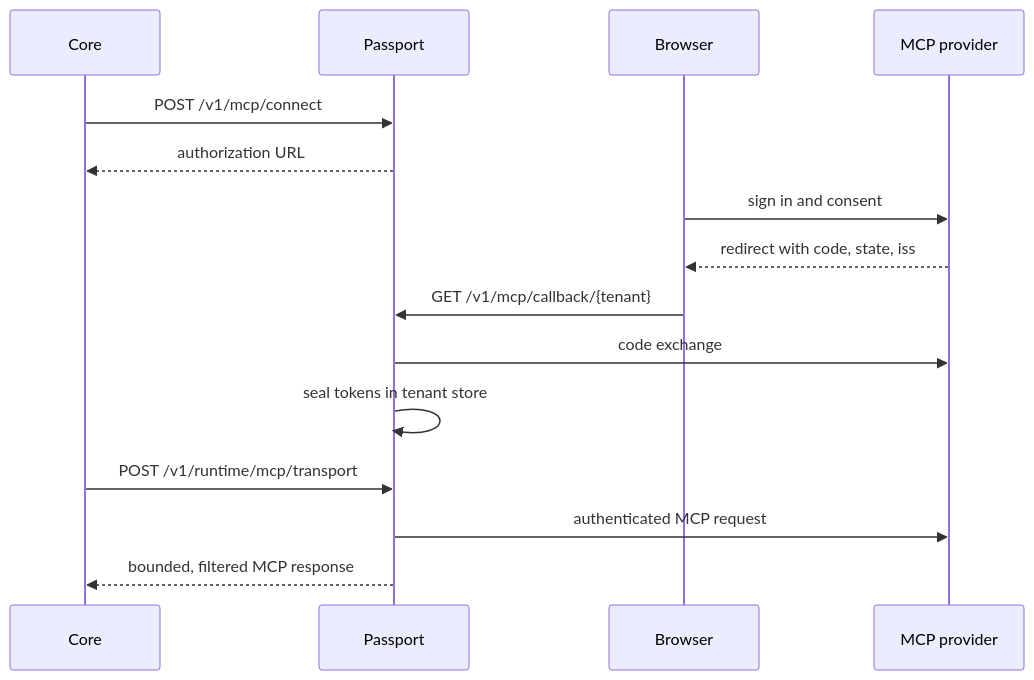
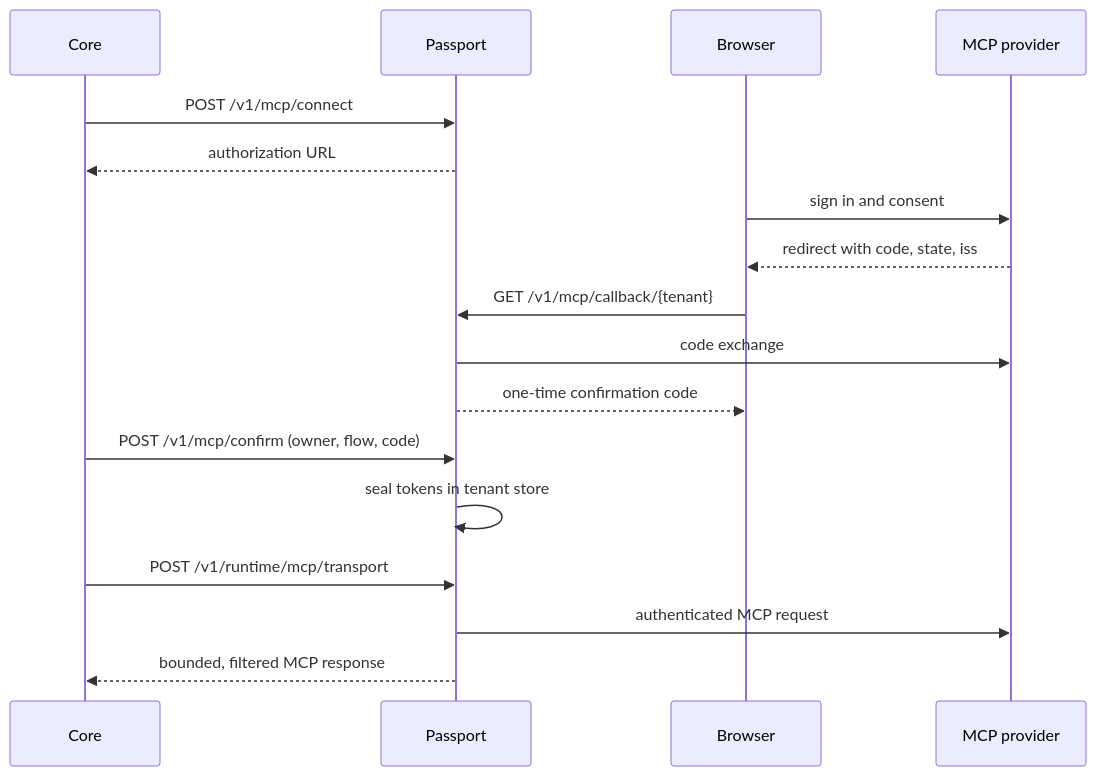
Before and after one commit to amajorai/ryu-docs: the diagram in content/docs/standalone/passport-mcp-api.mdx, drawn with Mermaid. The commit also changed other lines of this file and 257 other files, not shown here.

````diff
--- a/content/docs/standalone/passport-mcp-api.mdx
+++ b/content/docs/standalone/passport-mcp-api.mdx
@@ -26,17 +26,19 @@
 ```mermaid
 sequenceDiagram
   participant Core
   participant Passport
   participant Browser
   participant Provider as MCP provider
   Core->>Passport: POST /v1/mcp/connect
   Passport-->>Core: authorization URL
   Browser->>Provider: sign in and consent
   Provider-->>Browser: redirect with code, state, iss
   Browser->>Passport: GET /v1/mcp/callback/{tenant}
   Passport->>Provider: code exchange
+  Passport-->>Browser: one-time confirmation code
+  Core->>Passport: POST /v1/mcp/confirm (owner, flow, code)
   Passport->>Passport: seal tokens in tenant store
   Core->>Passport: POST /v1/runtime/mcp/transport
   Passport->>Provider: authenticated MCP request
   Passport-->>Core: bounded, filtered MCP response
 ```
````
